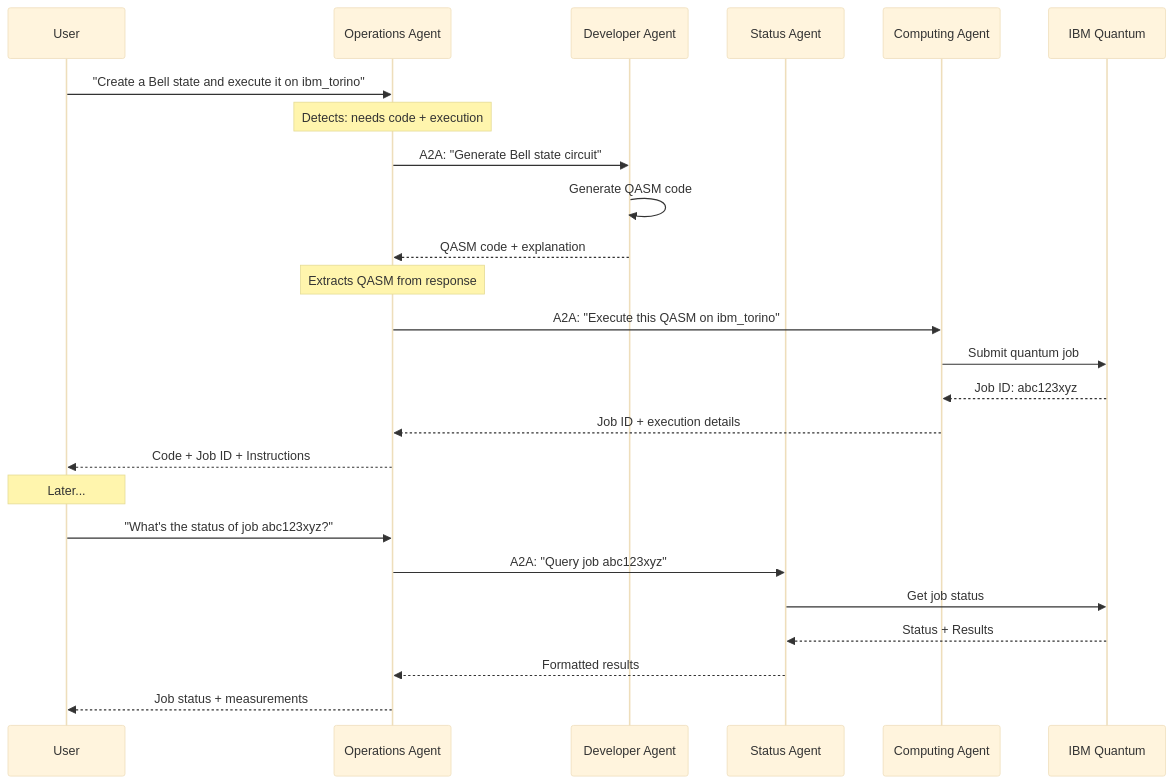
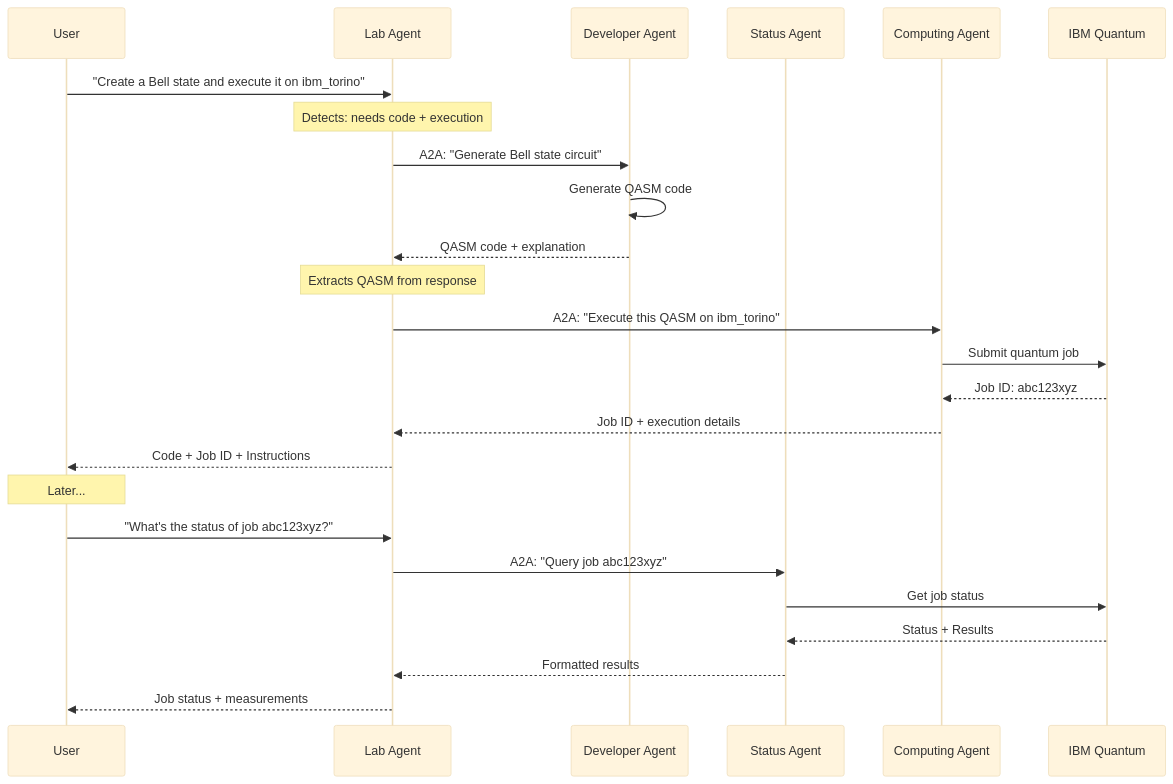
Before and after one commit to BrUn3y/quantum_lab_agent: the second of 3 diagrams in README.md, drawn with Mermaid (base theme). The commit also changed other lines of this file and 17 other files, not shown here.

````diff
--- a/README.md
+++ b/README.md
@@ -44,35 +44,35 @@
 ```mermaid
 sequenceDiagram
     participant U as User
-    participant O as Operations Agent
+    participant O as Lab Agent
     participant D as Developer Agent
     participant S as Status Agent
     participant C as Computing Agent
     participant IBM as IBM Quantum
 
     U->>O: "Create a Bell state and execute it on ibm_torino"
     
     Note over O: Detects: needs code + execution
     
     O->>D: A2A: "Generate Bell state circuit"
     D->>D: Generate QASM code
     D-->>O: QASM code + explanation
     
     Note over O: Extracts QASM from response
     
     O->>C: A2A: "Execute this QASM on ibm_torino"
     C->>IBM: Submit quantum job
     IBM-->>C: Job ID: abc123xyz
     C-->>O: Job ID + execution details
     
     O-->>U: Code + Job ID + Instructions
     
     Note over U: Later...
     
     U->>O: "What's the status of job abc123xyz?"
     O->>S: A2A: "Query job abc123xyz"
     S->>IBM: Get job status
     IBM-->>S: Status + Results
     S-->>O: Formatted results
     O-->>U: Job status + measurements
 ```
````
